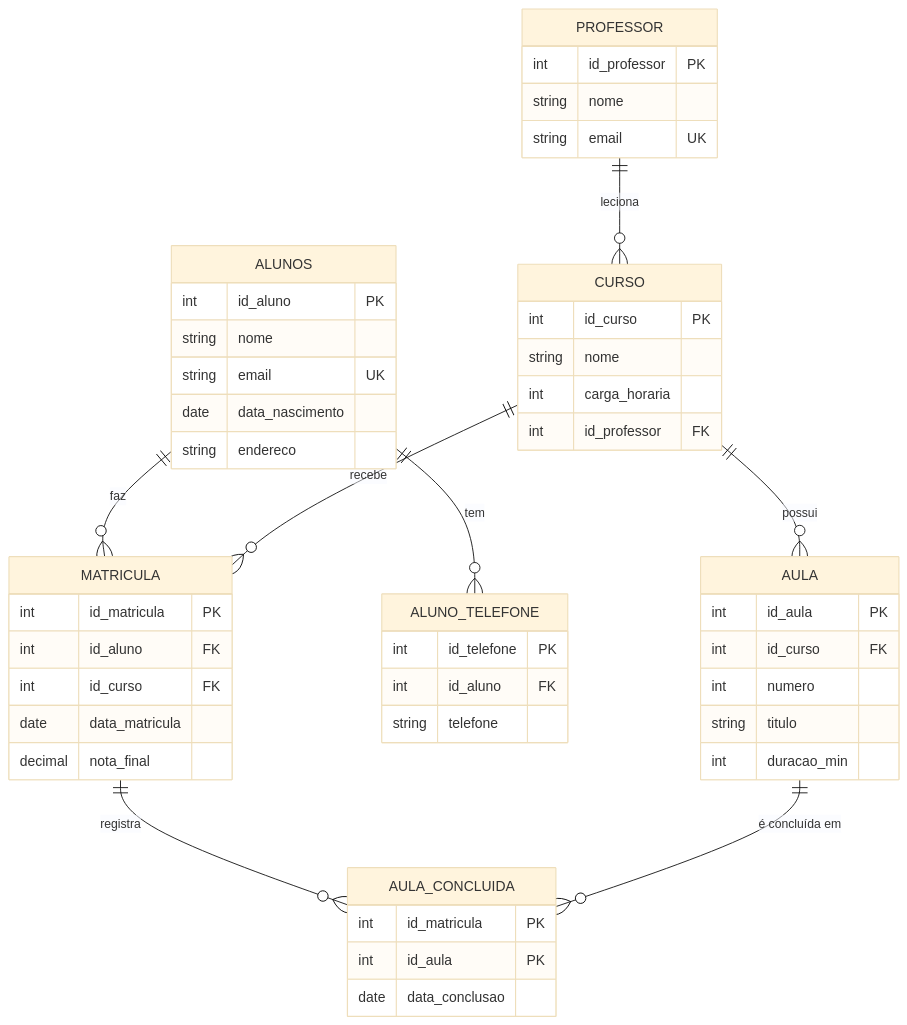
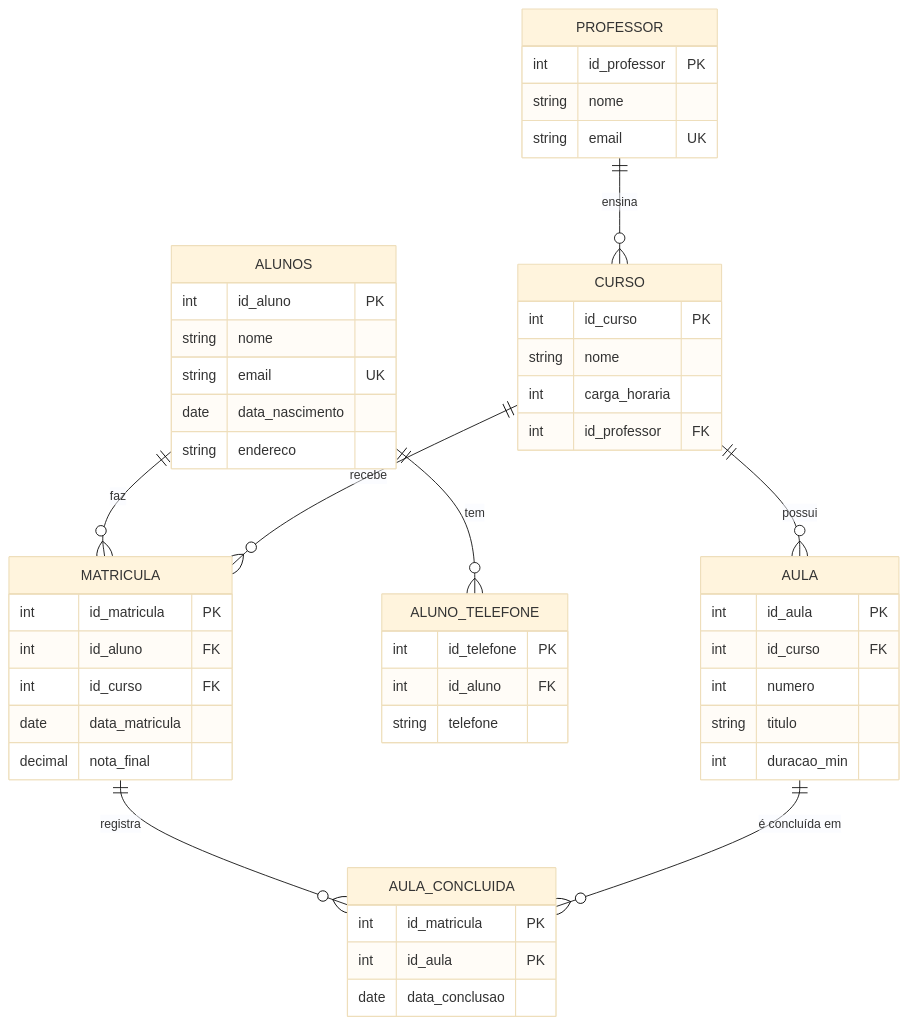
Before and after one commit to CleisonMendes/CursoAgil: the diagram in README.md, drawn with Mermaid (base theme).

Commit message:
Update relationship label in Mermaid diagram

````diff
--- a/README.md
+++ b/README.md
@@ -104,53 +104,53 @@
 ```mermaid
 erDiagram
-  PROFESSOR ||--o{ CURSO : leciona
+  PROFESSOR ||--o{ CURSO : ensina
   CURSO ||--o{ AULA : possui
   ALUNOS ||--o{ ALUNO_TELEFONE : tem
   ALUNOS ||--o{ MATRICULA : faz
   CURSO ||--o{ MATRICULA : recebe
   MATRICULA ||--o{ AULA_CONCLUIDA : registra
   AULA ||--o{ AULA_CONCLUIDA : "é concluída em"
 
   PROFESSOR {
     int id_professor PK
     string nome
     string email UK
   }
   CURSO {
     int id_curso PK
     string nome
     int carga_horaria
     int id_professor FK
   }
   AULA {
     int id_aula PK
     int id_curso FK
     int numero
     string titulo
     int duracao_min
   }
   ALUNOS {
     int id_aluno PK
     string nome
     string email UK
     date data_nascimento
     string endereco
   }
   ALUNO_TELEFONE {
     int id_telefone PK
     int id_aluno FK
     string telefone
   }
   MATRICULA {
     int id_matricula PK
     int id_aluno FK
     int id_curso FK
     date data_matricula
     decimal nota_final
   }
   AULA_CONCLUIDA {
     int id_matricula PK
     int id_aula PK
     date data_conclusao
   }
 ```
````
